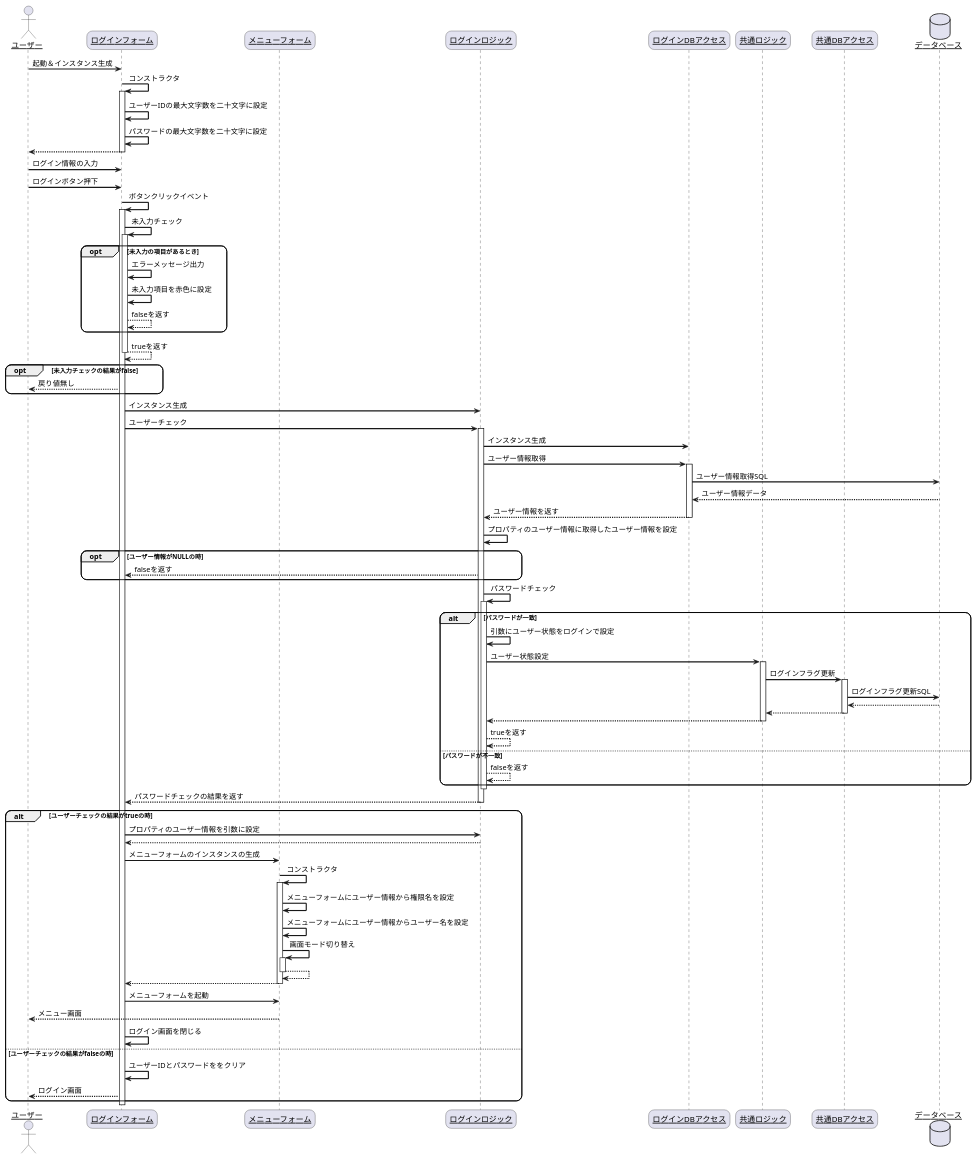
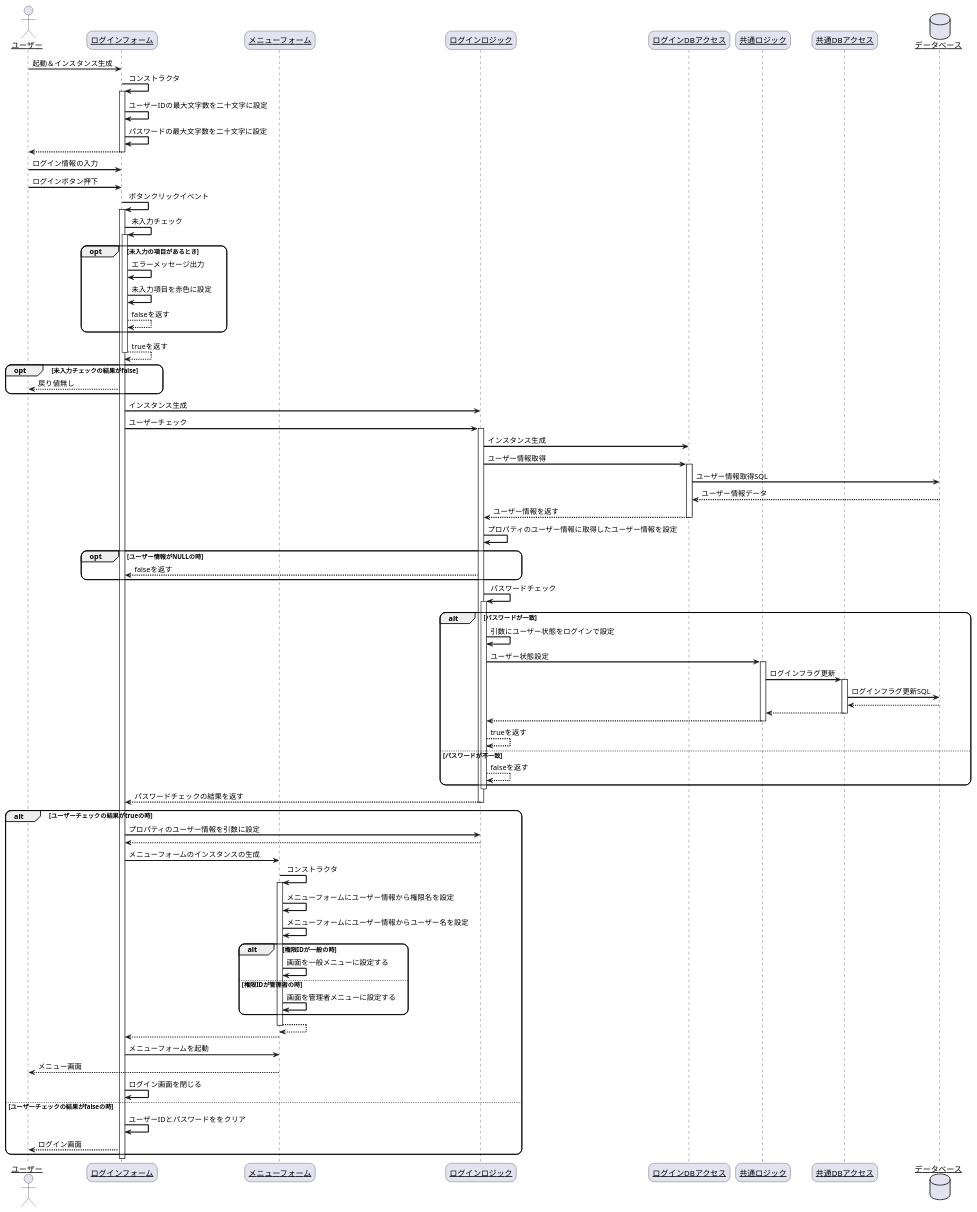
One commit to R-SAIKI/practiceUML changed the diagram in シーケンス図/ログイン.pu. Above: the diagram before and after it, drawn with PlantUML. The commit also changed 15 other files, not shown here.

```diff
--- a/シーケンス図/ログイン.pu
+++ b/シーケンス図/ログイン.pu
@@ -1,101 +1,105 @@
 @startuml
 skinparam sequenceArrowThickness 2
 skinparam roundcorner 20
 skinparam maxmessagesize 60
 skinparam sequenceParticipant underline
 
 actor "ユーザー" as user
 participant "ログインフォーム" as login_form
 participant "メニューフォーム" as menu_form
 participant "ログインロジック" as login_logic
 participant "ログインDBアクセス" as login_data_acces
 participant "共通ロジック" as common_logic
 participant "共通DBアクセス" as common_db
 database "データベース" as db
 
 user -> login_form: 起動＆インスタンス生成
 login_form -> login_form: コンストラクタ
 activate login_form
 login_form -> login_form:ユーザーIDの最大文字数を二十文字に設定
 login_form -> login_form:パスワードの最大文字数を二十文字に設定
 
 login_form --> user:
 deactivate login_form
 user -> login_form: ログイン情報の入力
 user -> login_form: ログインボタン押下
 login_form -> login_form: ボタンクリックイベント
 activate login_form
 
 login_form -> login_form: 未入力チェック
 activate login_form
 opt 未入力の項目があるとき
     login_form -> login_form: エラーメッセージ出力
     login_form -> login_form: 未入力項目を赤色に設定
     login_form --> login_form:falseを返す
 end
 login_form --> login_form:trueを返す
 deactivate login_form
 opt 未入力チェックの結果がfalse
     login_form --> user:戻り値無し
 end
 login_form -> login_logic: インスタンス生成
 login_form -> login_logic: ユーザーチェック
 activate login_logic
 login_logic -> login_data_acces: インスタンス生成
 login_logic -> login_data_acces: ユーザー情報取得
 activate login_data_acces
 
 login_data_acces -> db: ユーザー情報取得SQL
 db --> login_data_acces: ユーザー情報データ
 login_data_acces --> login_logic: ユーザー情報を返す
 deactivate login_data_acces
 login_logic -> login_logic: プロパティのユーザー情報に取得したユーザー情報を設定
 opt ユーザー情報がNULLの時
     login_logic --> login_form: falseを返す
 end
 login_logic -> login_logic: パスワードチェック
 activate login_logic
 alt パスワードが一致
     login_logic -> login_logic: 引数にユーザー状態をログインで設定
     login_logic -> common_logic: ユーザー状態設定
     activate common_logic
     common_logic -> common_db: ログインフラグ更新
     activate common_db
     common_db -> db: ログインフラグ更新SQL
     db --> common_db: 
     common_db --> common_logic: 
     deactivate common_db
     common_logic --> login_logic: 
     deactivate common_logic
     login_logic --> login_logic: trueを返す
 else パスワードが不一致
     login_logic --> login_logic: falseを返す
 end
 deactivate login_logic
 login_logic --> login_form: パスワードチェックの結果を返す
 deactivate login_logic
 deactivate login_logic
 alt ユーザーチェックの結果がtrueの時
     login_form -> login_logic: プロパティのユーザー情報を引数に設定
     login_logic --> login_form: 
     login_form -> menu_form: メニューフォームのインスタンスの生成
     menu_form -> menu_form: コンストラクタ
     activate menu_form
     menu_form -> menu_form: メニューフォームにユーザー情報から権限名を設定
     menu_form -> menu_form: メニューフォームにユーザー情報からユーザー名を設定
-    menu_form -> menu_form: 画面モード切り替え
+    alt 権限IDが一般の時
+    menu_form -> menu_form: 画面を一般メニューに設定する
+    else 権限IDが管理者の時
+    menu_form -> menu_form: 画面を管理者メニューに設定する    
+    end
     activate menu_form
     menu_form --> menu_form: 
     deactivate menu_form
     menu_form --> login_form: 
     deactivate menu_form
     login_form -> menu_form: メニューフォームを起動
     menu_form --> user: メニュー画面
     login_form -> login_form: ログイン画面を閉じる
 else ユーザーチェックの結果がfalseの時
     login_form -> login_form: ユーザーIDとパスワードををクリア
     login_form --> user: ログイン画面
 end
 deactivate login_form
 
 @enduml
```
